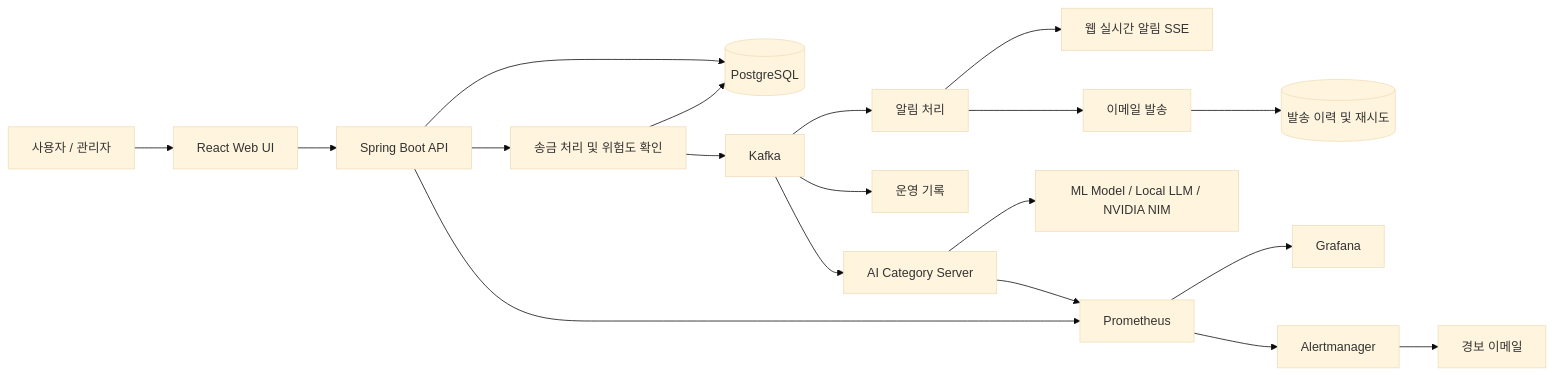
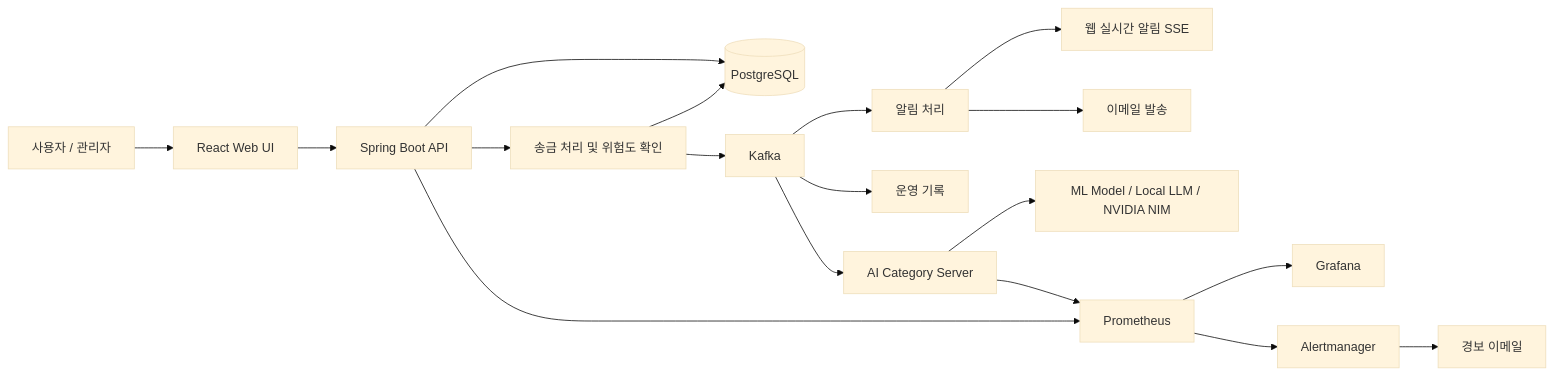
One commit to bitofsyn/EzPay changed the diagram in README.md. Above: the diagram before and after it, drawn with Mermaid (base theme). The commit also changed other lines of this file and 13 other files, not shown here.

````diff
--- a/README.md
+++ b/README.md
@@ -49,21 +59,20 @@
 ```mermaid
 flowchart LR
     A[사용자 / 관리자] --> B[React Web UI]
     B --> C[Spring Boot API]
     C --> D[(PostgreSQL)]
     C --> E[송금 처리 및 위험도 확인]
     E --> D
     E --> F[Kafka]
     F --> G[알림 처리]
     G --> L[웹 실시간 알림 SSE]
     G --> M[이메일 발송]
-    M --> N[(발송 이력 및 재시도)]
     F --> O[운영 기록]
     F --> H[AI Category Server]
     H --> I[ML Model / Local LLM / NVIDIA NIM]
     C --> J[Prometheus]
     H --> J
     J --> K[Grafana]
     J --> P[Alertmanager]
     P --> Q[경보 이메일]
 ```
````
